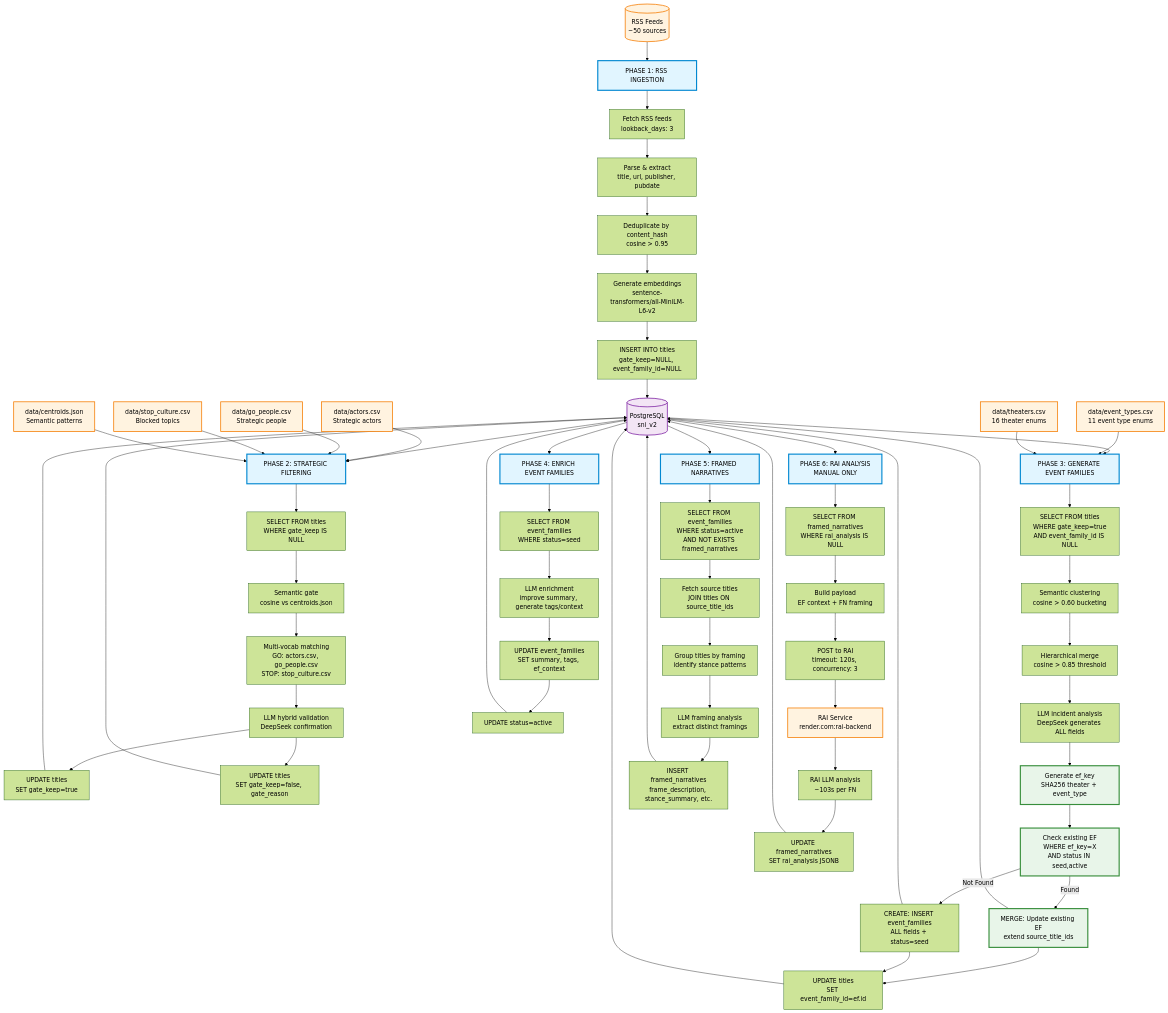
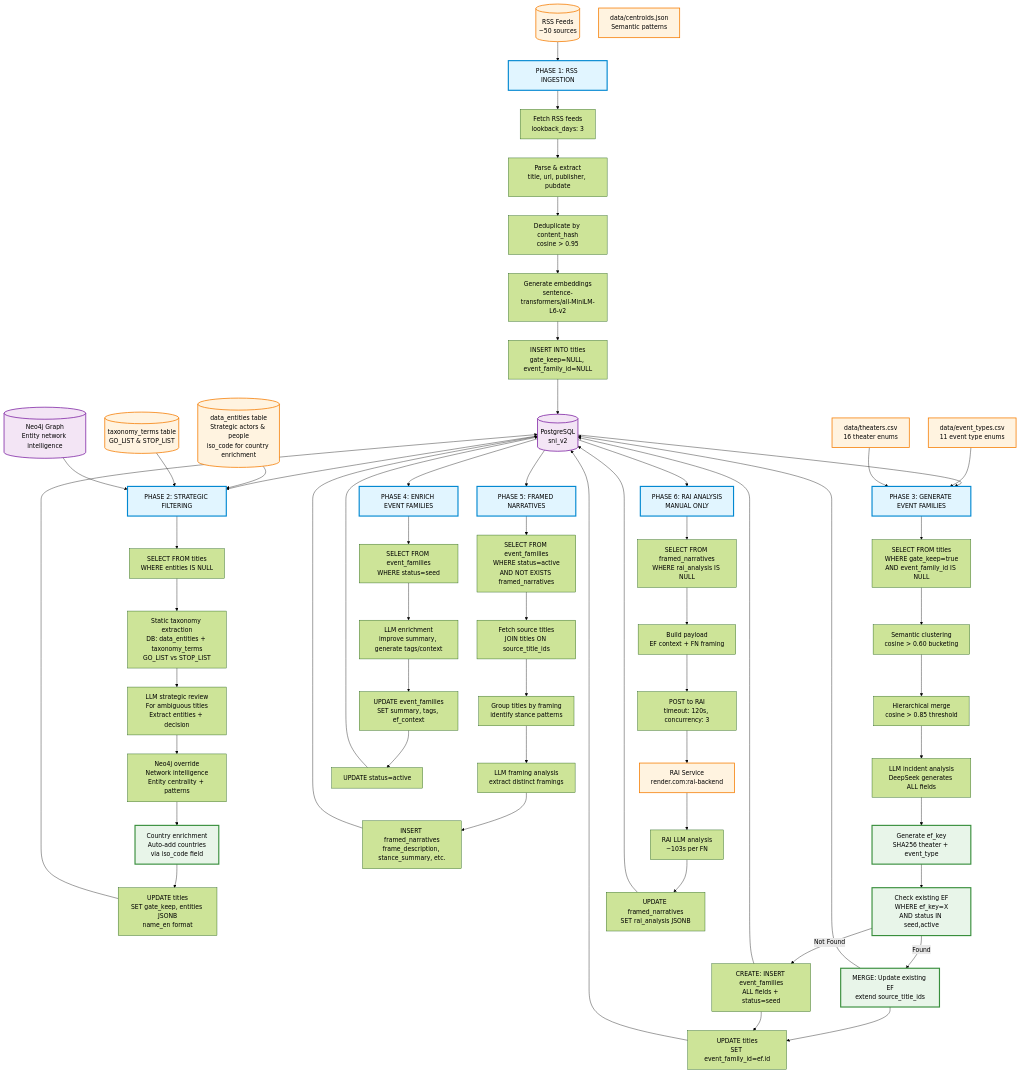
Before and after one commit to design4music/sni-platform: the first of 5 diagrams in docs/PIPELINE_DIAGRAM.md, drawn with Mermaid (forest theme). The commit also changed other lines of this file, not shown here.

First line of the commit message:
DOCS: Update PIPELINE_DIAGRAM.md with Phase 2 improvements

````diff
--- a/docs/PIPELINE_DIAGRAM.md
+++ b/docs/PIPELINE_DIAGRAM.md
@@ -16,13 +16,13 @@
 flowchart TD
     %% External Data Sources
     RSS[(RSS Feeds<br/>~50 sources)]
-    ACTORS[data/actors.csv<br/>Strategic actors]
-    GO_PEOPLE[data/go_people.csv<br/>Strategic people]
-    STOP_CULTURE[data/stop_culture.csv<br/>Blocked topics]
+    DATA_ENTITIES[(data_entities table<br/>Strategic actors & people<br/>iso_code for country enrichment)]
+    TAXONOMY[(taxonomy_terms table<br/>GO_LIST & STOP_LIST)]
     CENTROIDS[data/centroids.json<br/>Semantic patterns]
     EVENT_TYPES[data/event_types.csv<br/>11 event type enums]
     THEATERS[data/theaters.csv<br/>16 theater enums]
     RAI_APP[RAI Service<br/>render.com:rai-backend]
+    NEO4J[(Neo4j Graph<br/>Entity network intelligence)]
 
     %% Database
     DB[(PostgreSQL<br/>sni_v2)]
@@ -35,14 +35,14 @@
     P1_EMBED[Generate embeddings<br/>sentence-transformers/all-MiniLM-L6-v2]
     P1_STORE[INSERT INTO titles<br/>gate_keep=NULL, event_family_id=NULL]
 
-    %% Phase 2: Strategic Filtering
+    %% Phase 2: Strategic Filtering + Entity Enrichment
     P2_START[PHASE 2: STRATEGIC FILTERING]
-    P2_LOAD[SELECT FROM titles<br/>WHERE gate_keep IS NULL]
-    P2_SEMANTIC[Semantic gate<br/>cosine vs centroids.json]
-    P2_LEXICAL[Multi-vocab matching<br/>GO: actors.csv, go_people.csv<br/>STOP: stop_culture.csv]
-    P2_LLM[LLM hybrid validation<br/>DeepSeek confirmation]
-    P2_ACCEPT[UPDATE titles<br/>SET gate_keep=true]
-    P2_REJECT[UPDATE titles<br/>SET gate_keep=false, gate_reason]
+    P2_LOAD[SELECT FROM titles<br/>WHERE entities IS NULL]
+    P2_TAXONOMY[Static taxonomy extraction<br/>DB: data_entities + taxonomy_terms<br/>GO_LIST vs STOP_LIST]
+    P2_LLM[LLM strategic review<br/>For ambiguous titles<br/>Extract entities + decision]
+    P2_NEO4J[Neo4j override<br/>Network intelligence<br/>Entity centrality + patterns]
+    P2_COUNTRY[Country enrichment<br/>Auto-add countries<br/>via iso_code field]
+    P2_UPDATE[UPDATE titles<br/>SET gate_keep, entities JSONB<br/>name_en format]
 
     %% Phase 3: Event Family Generation
     P3_START[PHASE 3: GENERATE EVENT FAMILIES]
@@ -84,13 +84,10 @@
     P1_START --> P1_FETCH --> P1_PARSE --> P1_DEDUP --> P1_EMBED --> P1_STORE --> DB
 
     DB --> P2_START
-    ACTORS --> P2_START
-    GO_PEOPLE --> P2_START
-    STOP_CULTURE --> P2_START
-    CENTROIDS --> P2_START
-    P2_START --> P2_LOAD --> P2_SEMANTIC --> P2_LEXICAL --> P2_LLM
-    P2_LLM --> P2_ACCEPT --> DB
-    P2_LLM --> P2_REJECT --> DB
+    DATA_ENTITIES --> P2_START
+    TAXONOMY --> P2_START
+    NEO4J --> P2_START
+    P2_START --> P2_LOAD --> P2_TAXONOMY --> P2_LLM --> P2_NEO4J --> P2_COUNTRY --> P2_UPDATE --> DB
 
     DB --> P3_START
     EVENT_TYPES --> P3_START
@@ -118,7 +115,7 @@
     classDef keyProcess fill:#e8f5e9,stroke:#388e3c,stroke-width:3px
 
     class P1_START,P2_START,P3_START,P4_START,P5_START,P6_START phaseClass
-    class RSS,ACTORS,GO_PEOPLE,STOP_CULTURE,CENTROIDS,EVENT_TYPES,THEATERS,RAI_APP dataSource
-    class DB dbClass
-    class P3_EF_KEY,P3_CHECK,P3_MERGE keyProcess
+    class RSS,DATA_ENTITIES,TAXONOMY,CENTROIDS,EVENT_TYPES,THEATERS,RAI_APP dataSource
+    class DB,NEO4J dbClass
+    class P2_COUNTRY,P3_EF_KEY,P3_CHECK,P3_MERGE keyProcess
 ```
````
